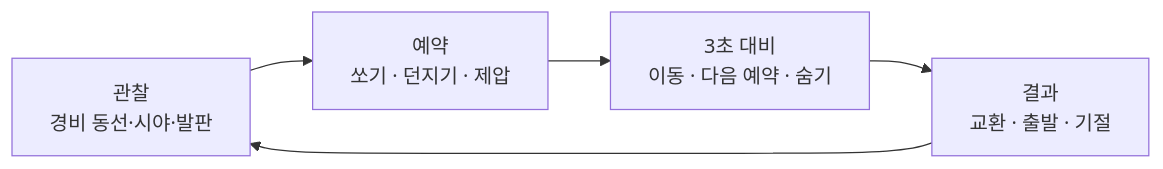
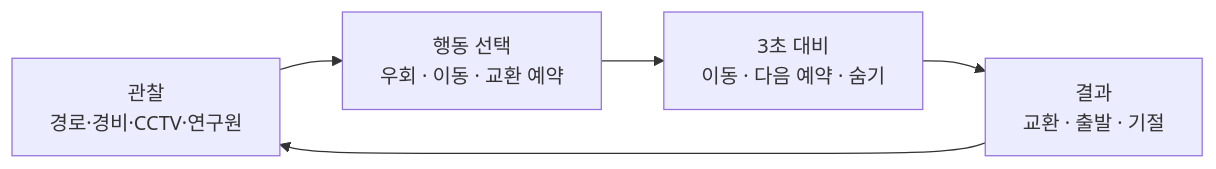
One commit to SongYeChan1024/After_Seconds changed the first of 2 diagrams in Docs/AfterSeconds_메인기획서.md. Above: the diagram before and after it, drawn with Mermaid. The commit also changed other lines of this file and 521 other files, not shown here.

````diff
--- a/Docs/AfterSeconds_메인기획서.md
+++ b/Docs/AfterSeconds_메인기획서.md
@@ -145,7 +151,7 @@
 ```mermaid
 flowchart LR
-  A[관찰<br/>경비 동선·시야·발판] --> B[예약<br/>쏘기 · 던지기 · 제압]
+  A[관찰<br/>경로·경비·CCTV·연구원] --> B[행동 선택<br/>우회 · 이동 · 교환 예약]
   B --> C[3초 대비<br/>이동 · 다음 예약 · 숨기]
   C --> D[결과<br/>교환 · 출발 · 기절]
   D --> A
 ```
````
